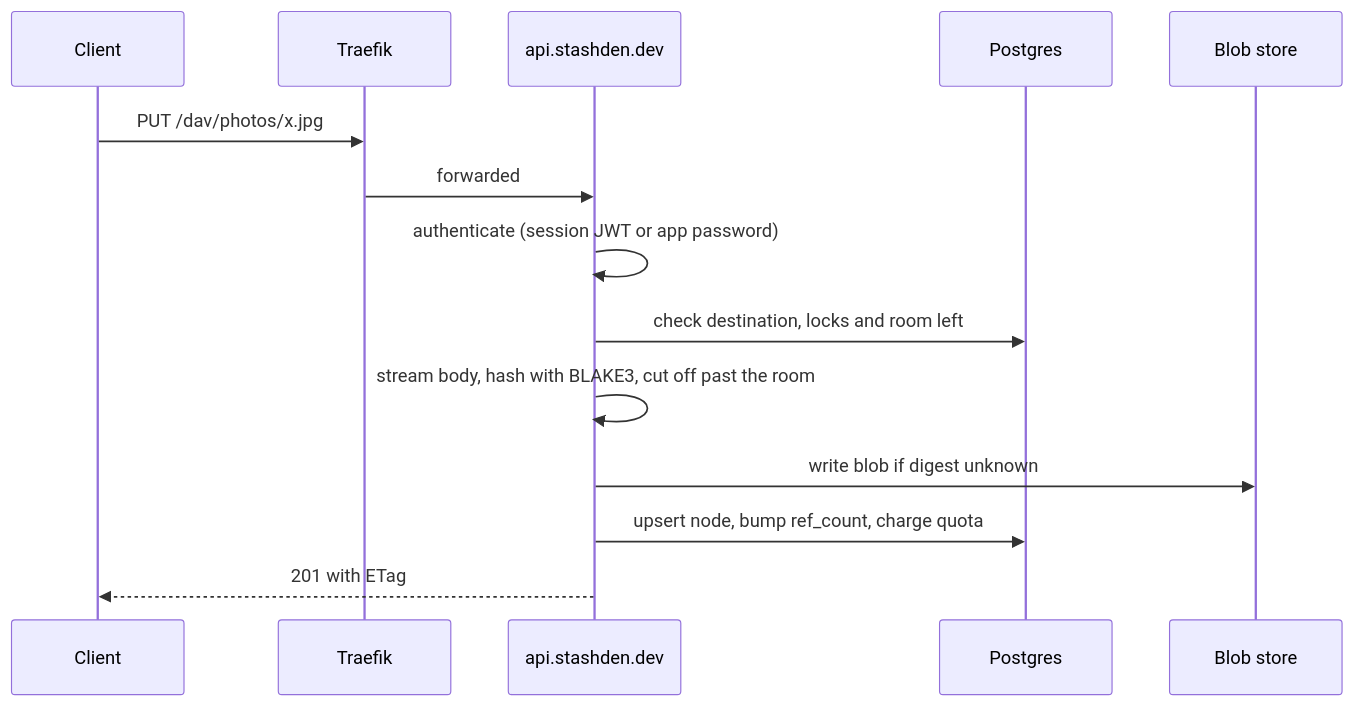
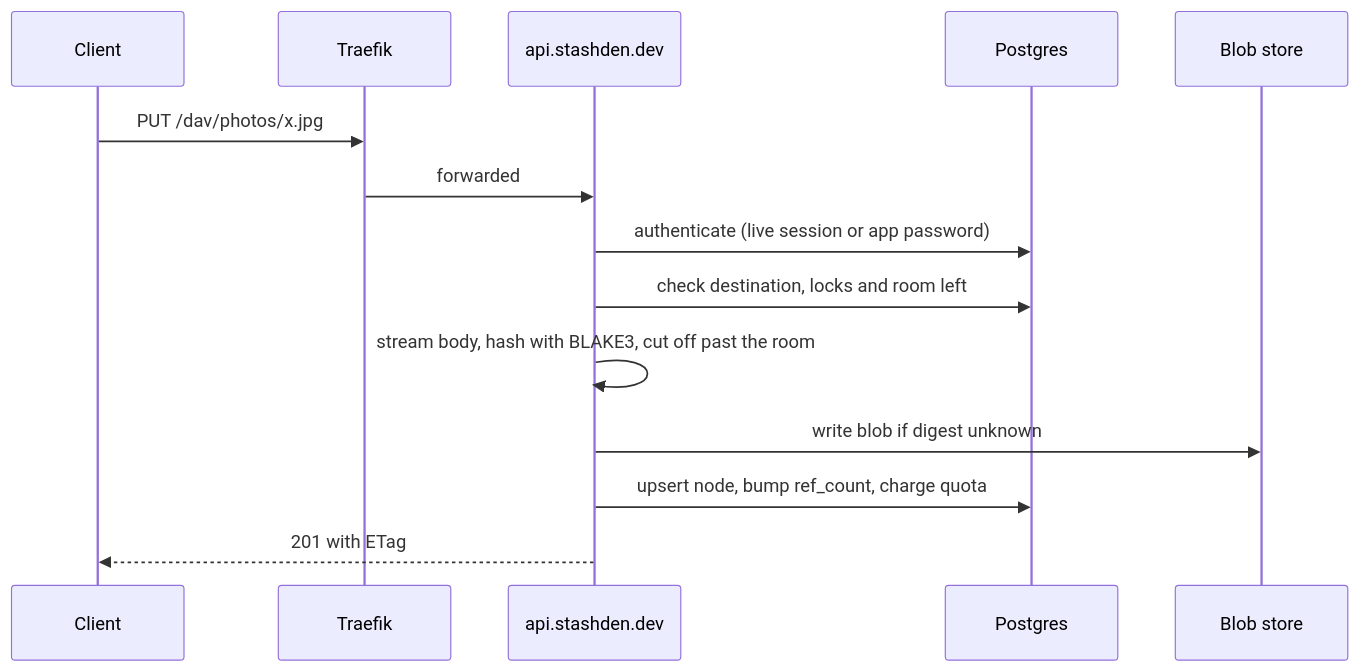
The second of 4 diagrams in ARCHITECTURE.md (FerrLabs/RoxyCloud), drawn with Mermaid before and after one commit. The commit also changed other lines of this file and 32 other files, not shown here.

````diff
--- a/ARCHITECTURE.md
+++ b/ARCHITECTURE.md
@@ -336,17 +336,17 @@
 ```mermaid
 sequenceDiagram
     participant C as Client
     participant T as Traefik
     participant A as api.stashden.dev
     participant P as Postgres
     participant B as Blob store
 
     C->>T: PUT /dav/photos/x.jpg
     T->>A: forwarded
-    A->>A: authenticate (session JWT or app password)
+    A->>P: authenticate (live session or app password)
     A->>P: check destination, locks and room left
     A->>A: stream body, hash with BLAKE3, cut off past the room
     A->>B: write blob if digest unknown
     A->>P: upsert node, bump ref_count, charge quota
     A-->>C: 201 with ETag
 ```
````
